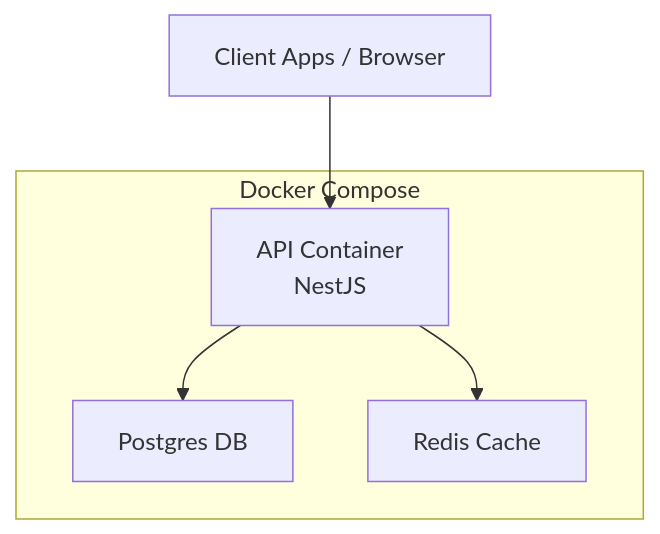
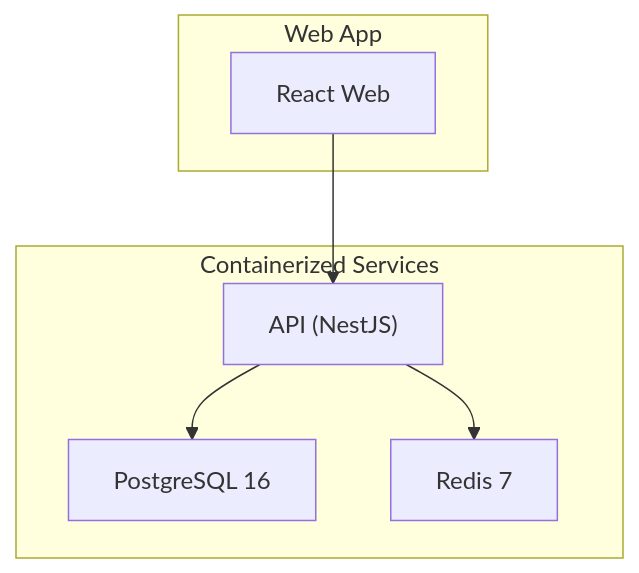
The second of 7 diagrams in .qoder/repowiki/en/content/Getting Started.md (BAS-More/Quiz2Biz), drawn with Mermaid before and after one commit. The commit also changed other lines of this file and 191 other files, not shown here.

````diff
--- a/.qoder/repowiki/en/content/Getting Started.md
+++ b/.qoder/repowiki/en/content/Getting Started.md
@@ -102,11 +100,14 @@
 ```mermaid
 graph TB
-Client["Client Apps / Browser"] --> API["API Container<br/>NestJS"]
-API --> PG["Postgres DB"]
-API --> RD["Redis Cache"]
-subgraph "Docker Compose"
-API
-PG
-RD
+subgraph "Containerized Services"
+API["API (NestJS)"]
+PG["PostgreSQL 16"]
+RD["Redis 7"]
 end
+subgraph "Web App"
+WEB["React Web"]
+end
+WEB --> API
+API --> PG
+API --> RD
 ```
````
